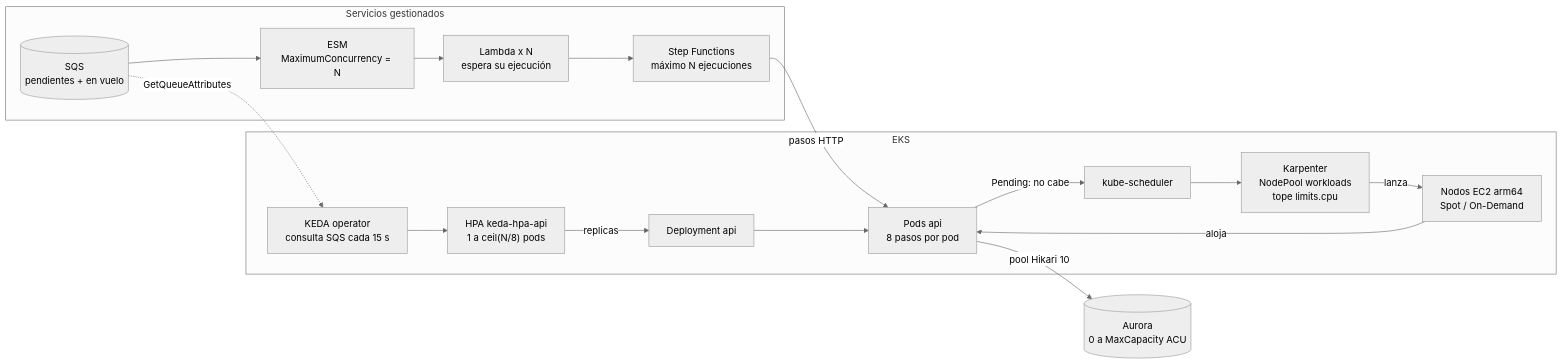
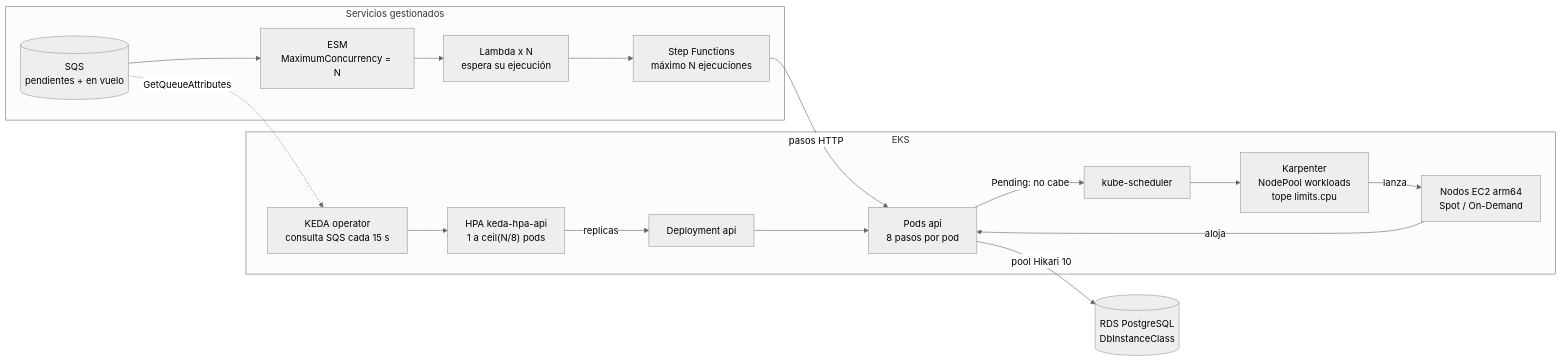
One commit to Mercally/micro-test changed the first of 2 diagrams in aws/diagrams/ESCALADO.md. Above: the diagram before and after it, drawn with Mermaid (neutral theme). The commit also changed other lines of this file and 33 other files, not shown here.

````diff
--- a/aws/diagrams/ESCALADO.md
+++ b/aws/diagrams/ESCALADO.md
@@ -21,24 +21,24 @@
 ```mermaid
 flowchart LR
   subgraph MANAGED["Servicios gestionados"]
     Q[("SQS<br/>pendientes + en vuelo")]
     ESM["ESM<br/>MaximumConcurrency = N"]
     L["Lambda x N<br/>espera su ejecución"]
     SF["Step Functions<br/>máximo N ejecuciones"]
   end
   subgraph EKS["EKS"]
     KO["KEDA operator<br/>consulta SQS cada 15 s"]
     HPA["HPA keda-hpa-api<br/>1 a ceil(N/8) pods"]
     DEP["Deployment api"]
     POD["Pods api<br/>8 pasos por pod"]
     SCH["kube-scheduler"]
     KAR["Karpenter<br/>NodePool workloads<br/>tope limits.cpu"]
     NODE["Nodos EC2 arm64<br/>Spot / On-Demand"]
   end
-  DB[("Aurora<br/>0 a MaxCapacity ACU")]
+  DB[("RDS PostgreSQL<br/>DbInstanceClass")]
 
   Q --> ESM --> L --> SF -->|"pasos HTTP"| POD
   Q -.->|"GetQueueAttributes"| KO --> HPA -->|"replicas"| DEP --> POD
   POD -->|"Pending: no cabe"| SCH --> KAR -->|"lanza"| NODE -->|"aloja"| POD
   POD -->|"pool Hikari 10"| DB
 ```
````
